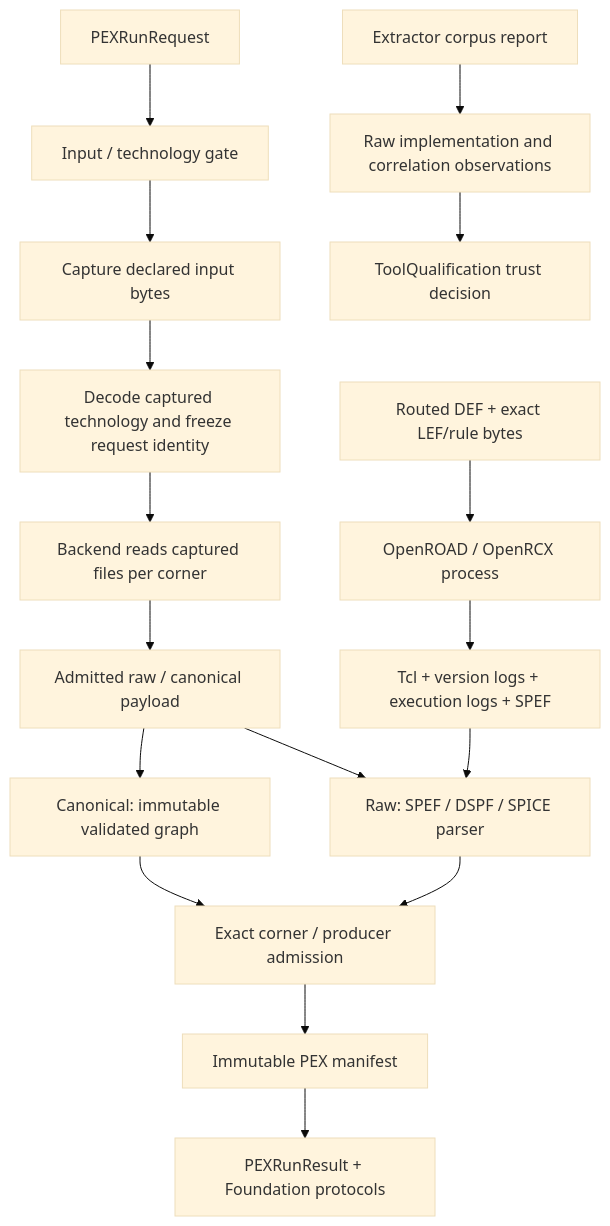
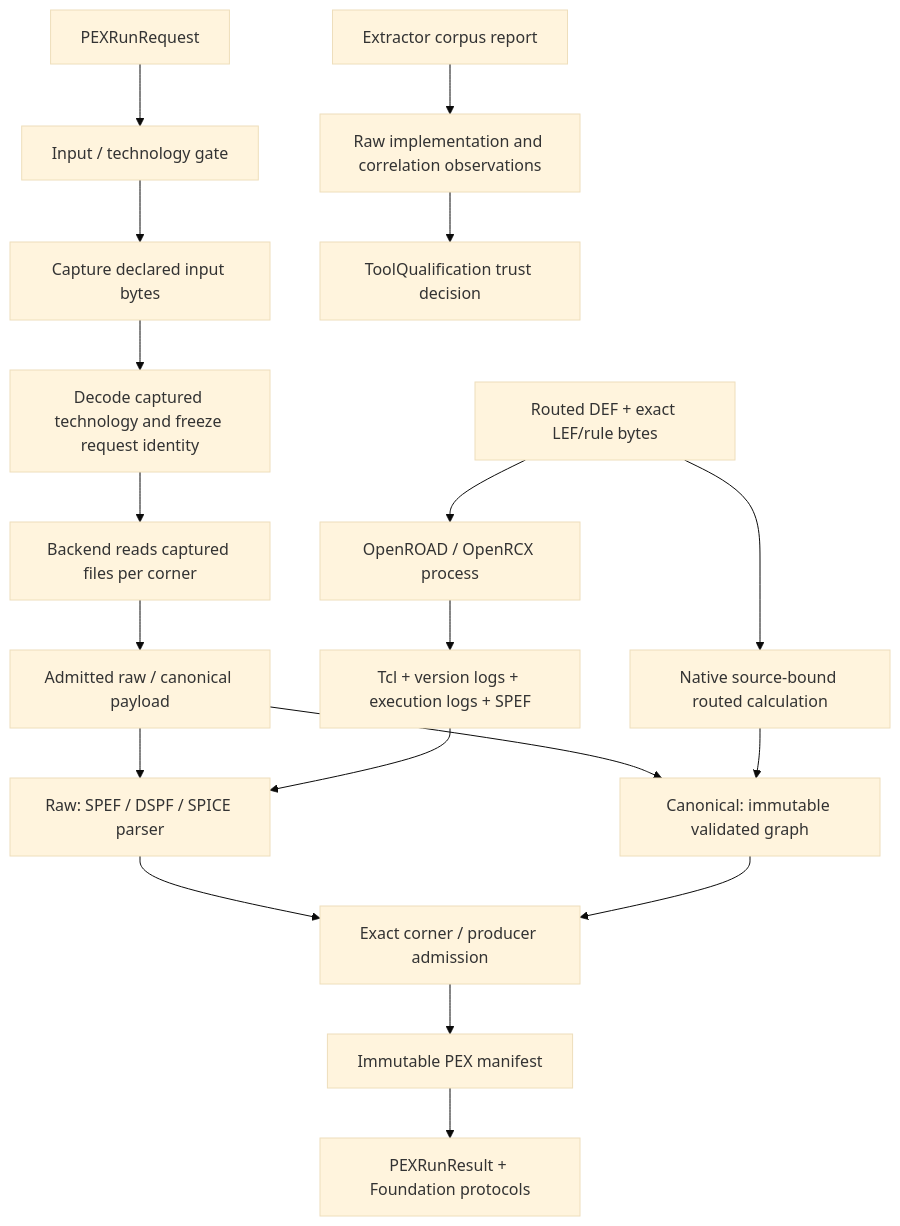
The diagram in DESIGN.md (1amageek/PEXEngine), drawn with Mermaid (base theme) before and after one commit. The commit also changed other lines of this file and 169 other files, not shown here.

Commit message:
Publish source-bound PEX extraction with public dependency pins

````diff
--- a/DESIGN.md
+++ b/DESIGN.md
@@ -44,21 +45,23 @@
 ```mermaid
 flowchart TD
     Input["PEXRunRequest"] --> Validate["Input / technology gate"]
     Validate --> Capture["Capture declared input bytes"]
     Capture --> Resolve["Decode captured technology and freeze request identity"]
     Resolve --> Execute["Backend reads captured files per corner"]
     Execute --> Payload["Admitted raw / canonical payload"]
     Payload --> Parse["Raw: SPEF / DSPF / SPICE parser"]
     Payload --> Canonical["Canonical: immutable validated graph"]
     Parse --> IR["Exact corner / producer admission"]
     Canonical --> IR
     IR --> Persist["Immutable PEX manifest"]
     Persist --> Result["PEXRunResult + Foundation protocols"]
 
     Report["Extractor corpus report"] --> Observations["Raw implementation and correlation observations"]
     Observations --> ToolQualification["ToolQualification trust decision"]
 
-    DEF["Routed DEF + exact LEF/rule bytes"] --> OpenRCX["OpenROAD / OpenRCX process"]
+    DEF["Routed DEF + exact LEF/rule bytes"] --> RoutedNative["Native source-bound routed calculation"]
+    RoutedNative --> Canonical
+    DEF --> OpenRCX["OpenROAD / OpenRCX process"]
     OpenRCX --> RawEvidence["Tcl + version logs + execution logs + SPEF"]
     RawEvidence --> Parse
 ```
````
